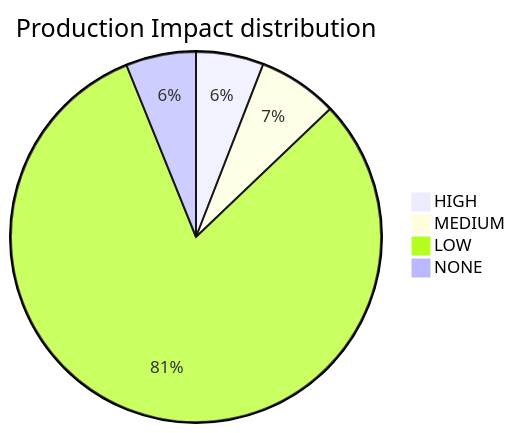
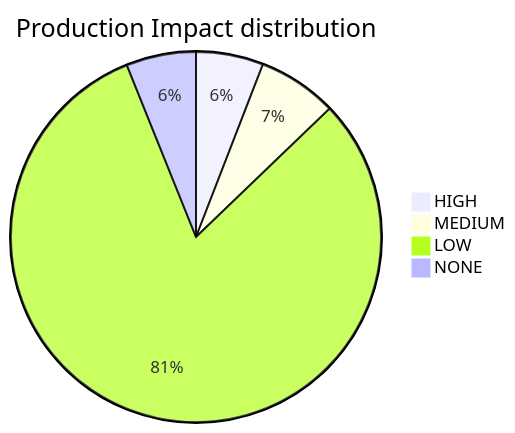
One commit to mikeybeezy/goldenpath-idp-infra changed the diagram in PLATFORM_HEALTH.md. Above: the diagram before and after it, drawn with Mermaid. The commit also changed other lines of this file, not shown here.

````diff
--- a/PLATFORM_HEALTH.md
+++ b/PLATFORM_HEALTH.md
@@ -64,7 +64,7 @@
 ```mermaid
 pie title Production Impact distribution
     "HIGH" : 28
     "MEDIUM" : 33
-    "LOW" : 384
+    "LOW" : 386
     "NONE" : 29
 ```
````
